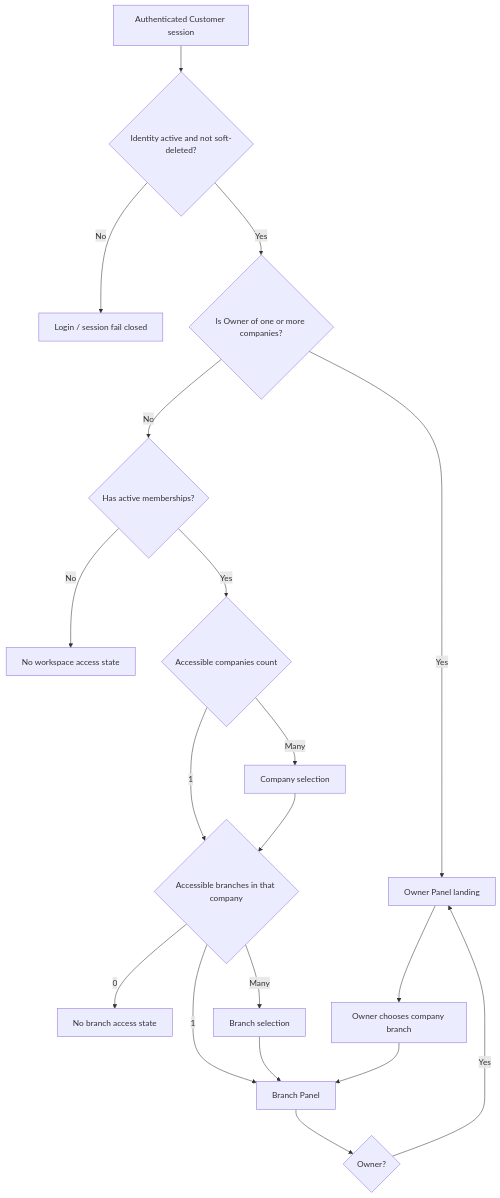
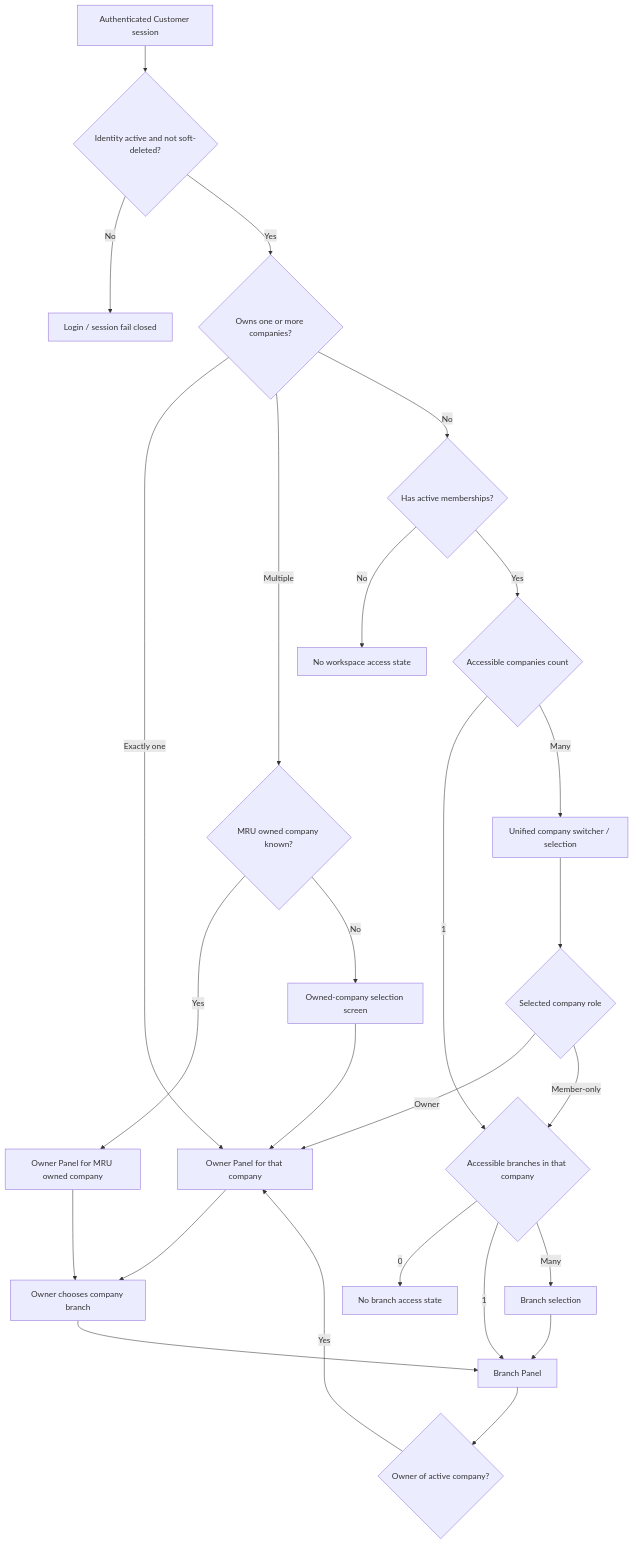
One commit to taldartech/truckbill_nexus changed the first of 2 diagrams in docs/design/phase-2/WORKSPACE_SELECTION_FLOW.md. Above: the diagram before and after it, drawn with Mermaid. The commit also changed other lines of this file and 13 other files, not shown here.

````diff
--- a/docs/design/phase-2/WORKSPACE_SELECTION_FLOW.md
+++ b/docs/design/phase-2/WORKSPACE_SELECTION_FLOW.md
@@ -27,21 +27,28 @@
 ```mermaid
 flowchart TD
   Start[Authenticated Customer session] --> Active{Identity active and not soft-deleted?}
   Active -->|No| DenyLogin[Login / session fail closed]
-  Active -->|Yes| Owns{Is Owner of one or more companies?}
-  Owns -->|Yes| OP[Owner Panel landing]
+  Active -->|Yes| Owns{Owns one or more companies?}
+  Owns -->|Exactly one| OP1[Owner Panel for that company]
+  Owns -->|Multiple| MRU{MRU owned company known?}
+  MRU -->|Yes| OPmru[Owner Panel for MRU owned company]
+  MRU -->|No| OwnSelect[Owned-company selection screen]
+  OwnSelect --> OP1
   Owns -->|No| Members{Has active memberships?}
   Members -->|No| NoAccess[No workspace access state]
   Members -->|Yes| CoCount{Accessible companies count}
   CoCount -->|1| BrCount{Accessible branches in that company}
-  CoCount -->|Many| CoSelect[Company selection]
-  CoSelect --> BrCount
+  CoCount -->|Many| CoSelect[Unified company switcher / selection]
+  CoSelect --> MemberPath{Selected company role}
+  MemberPath -->|Owner| OP1
+  MemberPath -->|Member-only| BrCount
   BrCount -->|0| NoBranch[No branch access state]
   BrCount -->|1| BP[Branch Panel]
   BrCount -->|Many| BrSelect[Branch selection]
   BrSelect --> BP
-  OP --> EnterBr[Owner chooses company branch]
+  OP1 --> EnterBr[Owner chooses company branch]
+  OPmru --> EnterBr
   EnterBr --> BP
-  BP --> BackOP{Owner?}
-  BackOP -->|Yes| OP
+  BP --> BackOP{Owner of active company?}
+  BackOP -->|Yes| OP1
 ```
````
